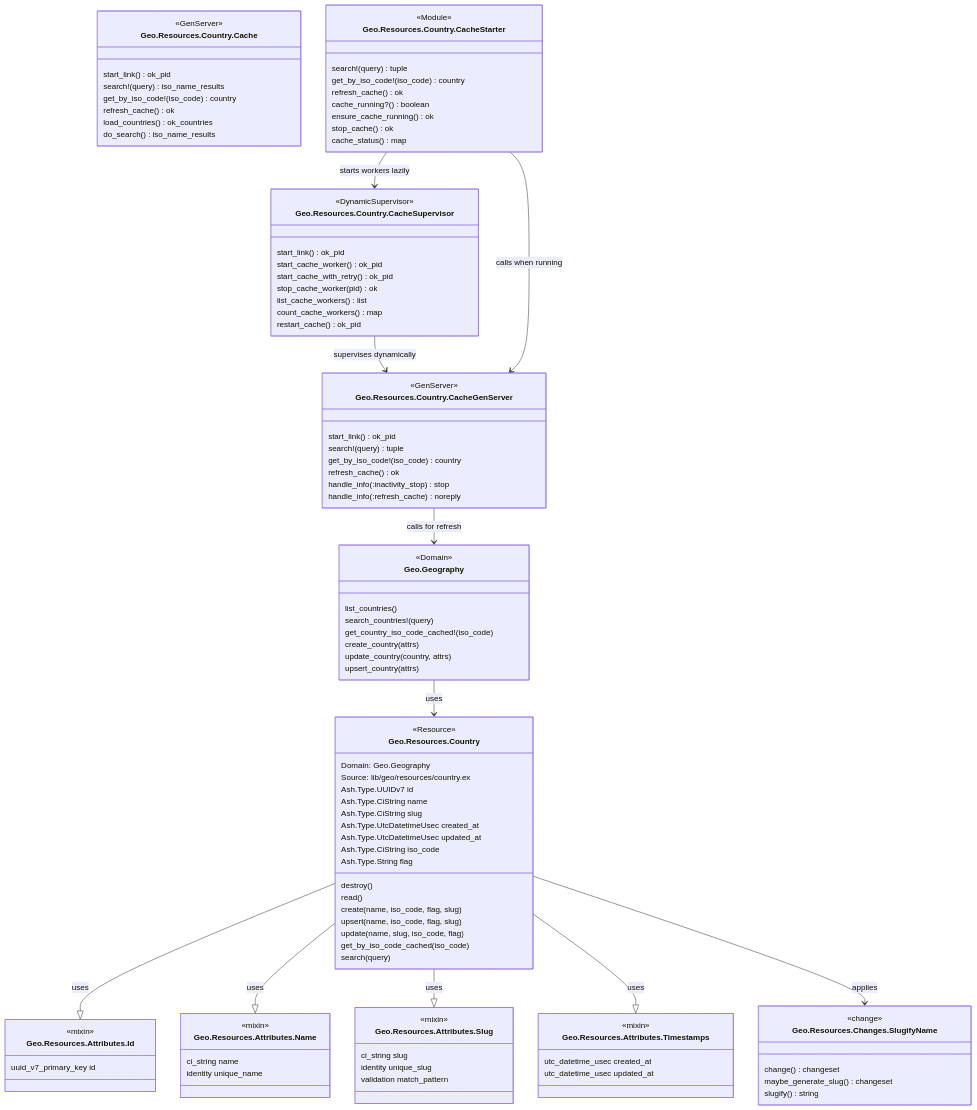
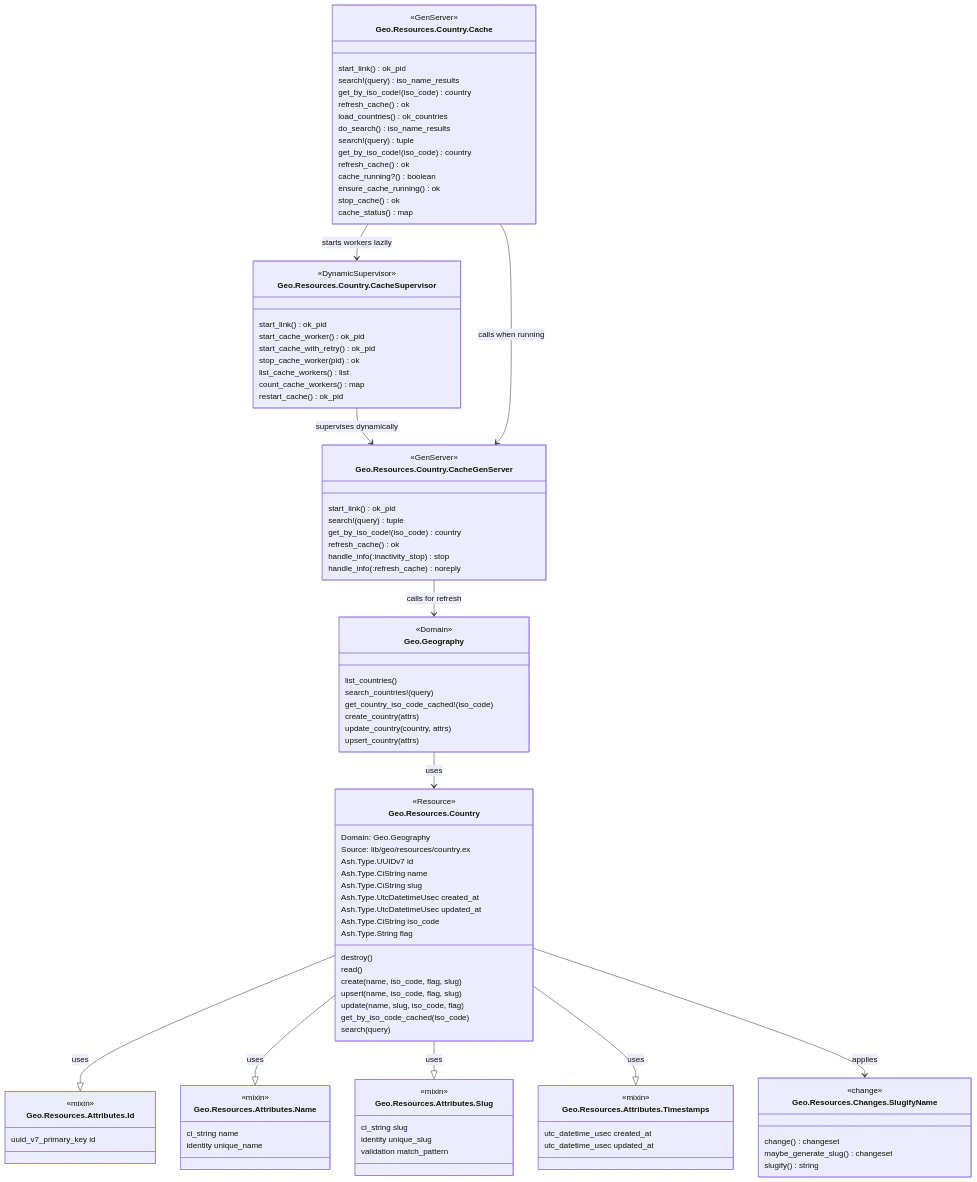
One commit to dev-guy/geo changed the first of 6 diagrams in README.md. Above: the diagram before and after it, drawn with Mermaid. The commit also changed other lines of this file and 3 other files, not shown here.

````diff
--- a/README.md
+++ b/README.md
@@ -171,7 +171,7 @@
         restart_cache() ok_pid
     }
     
-    class Geo.Resources.Country.CacheStarter {
+    class Geo.Resources.Country.Cache {
         <<Module>>
         search!(query) tuple
         get_by_iso_code!(iso_code) country
@@ -200,6 +200,6 @@
     Geo.Resources.Country --> Geo.Resources.Changes.SlugifyName : applies
     Geo.Resources.Country.CacheGenServer --> Geo.Geography : calls for refresh
     Geo.Resources.Country.CacheSupervisor --> Geo.Resources.Country.CacheGenServer : supervises dynamically
-    Geo.Resources.Country.CacheStarter --> Geo.Resources.Country.CacheSupervisor : starts workers lazily
-    Geo.Resources.Country.CacheStarter --> Geo.Resources.Country.CacheGenServer : calls when running
+    Geo.Resources.Country.Cache --> Geo.Resources.Country.CacheSupervisor : starts workers lazily
+    Geo.Resources.Country.Cache --> Geo.Resources.Country.CacheGenServer : calls when running
 ```
````
